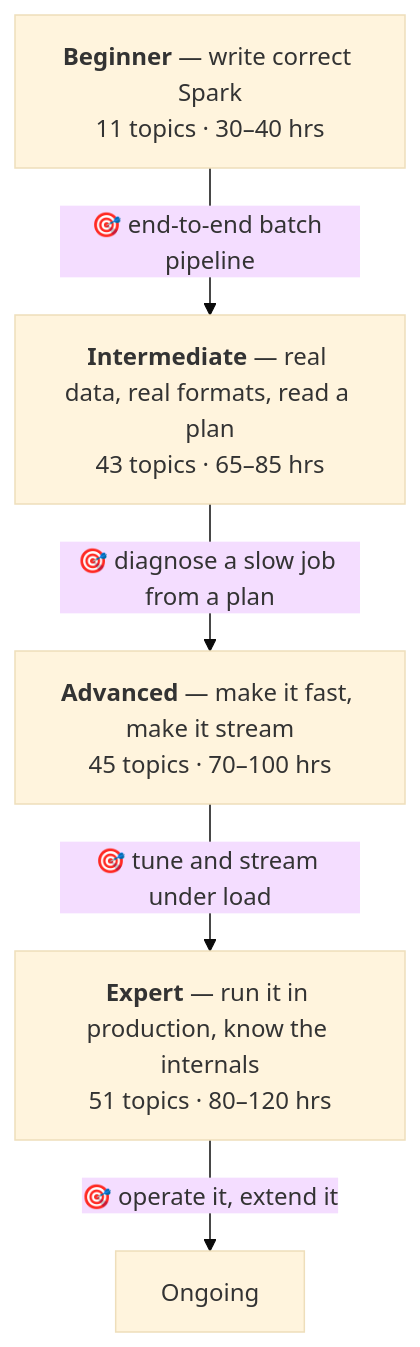
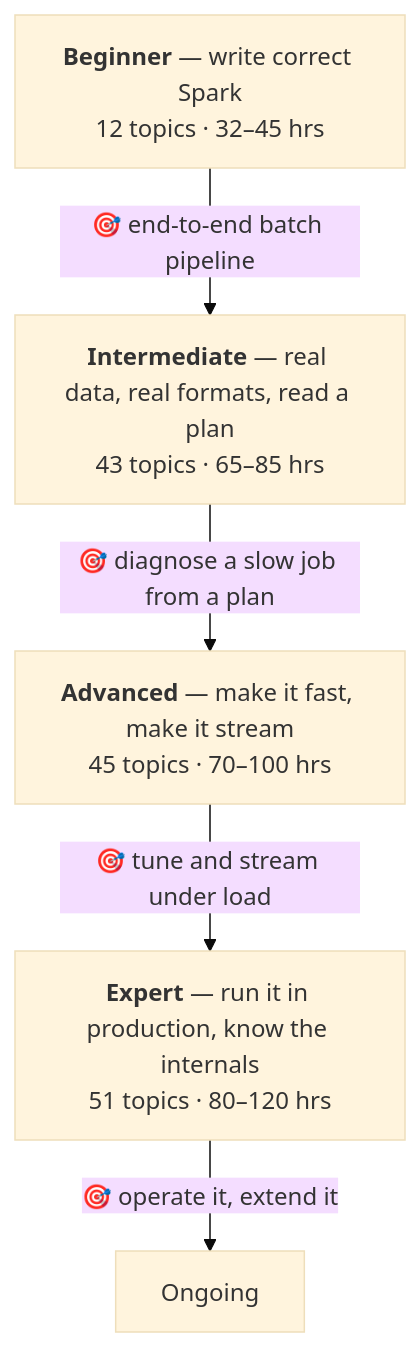
One commit to arindamchoudhury/spark-gyan changed the first of 2 diagrams in docs/learning-path-v2.md. Above: the diagram before and after it, drawn with Mermaid (base theme). The commit also changed other lines of this file, not shown here.

````diff
--- a/docs/learning-path-v2.md
+++ b/docs/learning-path-v2.md
@@ -105,11 +107,11 @@
 ```mermaid
 flowchart TD
-    B["<b>Beginner</b> — write correct Spark<br/>11 topics · 30–40 hrs"]
+    B["<b>Beginner</b> — write correct Spark<br/>12 topics · 32–45 hrs"]
     I["<b>Intermediate</b> — real data, real formats, read a plan<br/>43 topics · 65–85 hrs"]
     A["<b>Advanced</b> — make it fast, make it stream<br/>45 topics · 70–100 hrs"]
     E["<b>Expert</b> — run it in production, know the internals<br/>51 topics · 80–120 hrs"]
     B -->|"🎯 end-to-end batch pipeline"| I
     I -->|"🎯 diagnose a slow job from a plan"| A
     A -->|"🎯 tune and stream under load"| E
     E -->|"🎯 operate it, extend it"| Done["Ongoing"]
 ```
````
